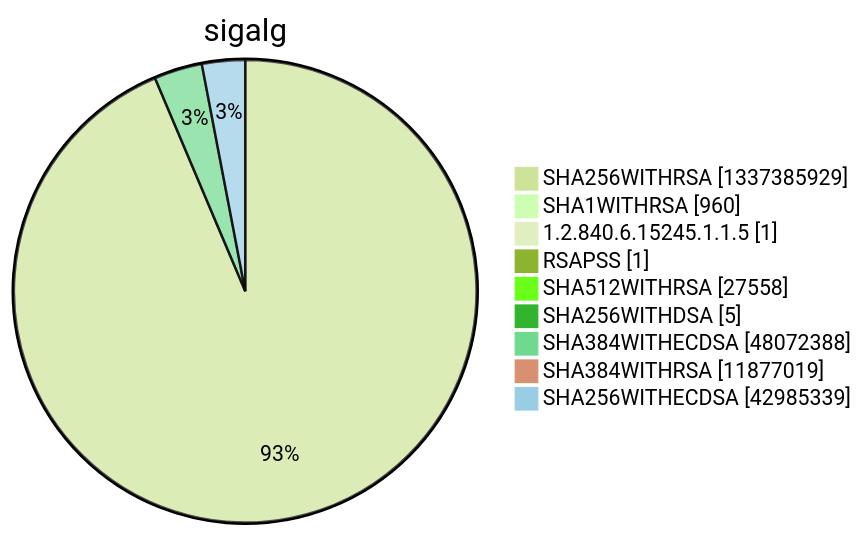
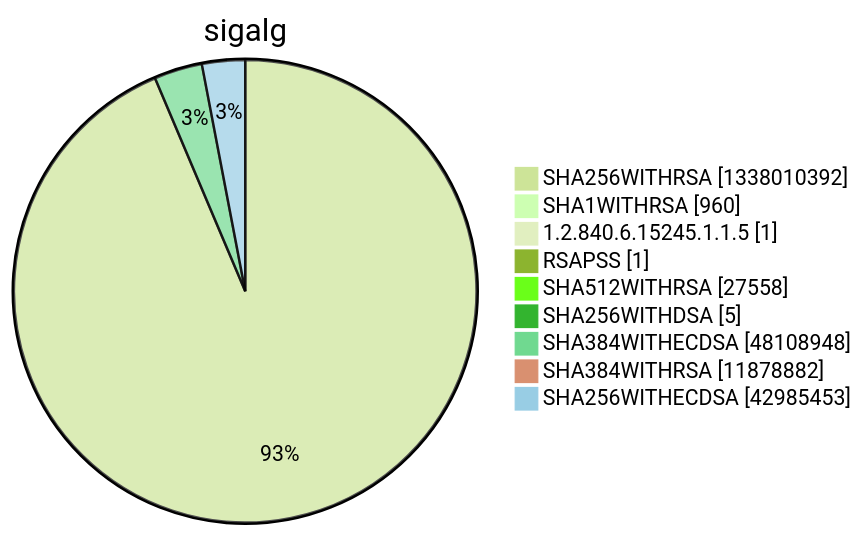
Diagram 15 of 15 in argon2022/README.md (christiankrug/ctmonitor_visualization), drawn with Mermaid (forest theme) before and after one commit. The commit also changed other lines of this file, not shown here.

````diff
--- a/argon2022/README.md
+++ b/argon2022/README.md
@@ -5524,13 +5524,13 @@
 ```mermaid
 pie showData
 title sigalg
-"SHA256WITHRSA" :1337385929
+"SHA256WITHRSA" :1338010392
 "SHA1WITHRSA" :960
 "1.2.840.6.15245.1.1.5" :1
 "RSAPSS" :1
 "SHA512WITHRSA" :27558
 "SHA256WITHDSA" :5
-"SHA384WITHECDSA" :48072388
-"SHA384WITHRSA" :11877019
-"SHA256WITHECDSA" :42985339
+"SHA384WITHECDSA" :48108948
+"SHA384WITHRSA" :11878882
+"SHA256WITHECDSA" :42985453
 ```
````
